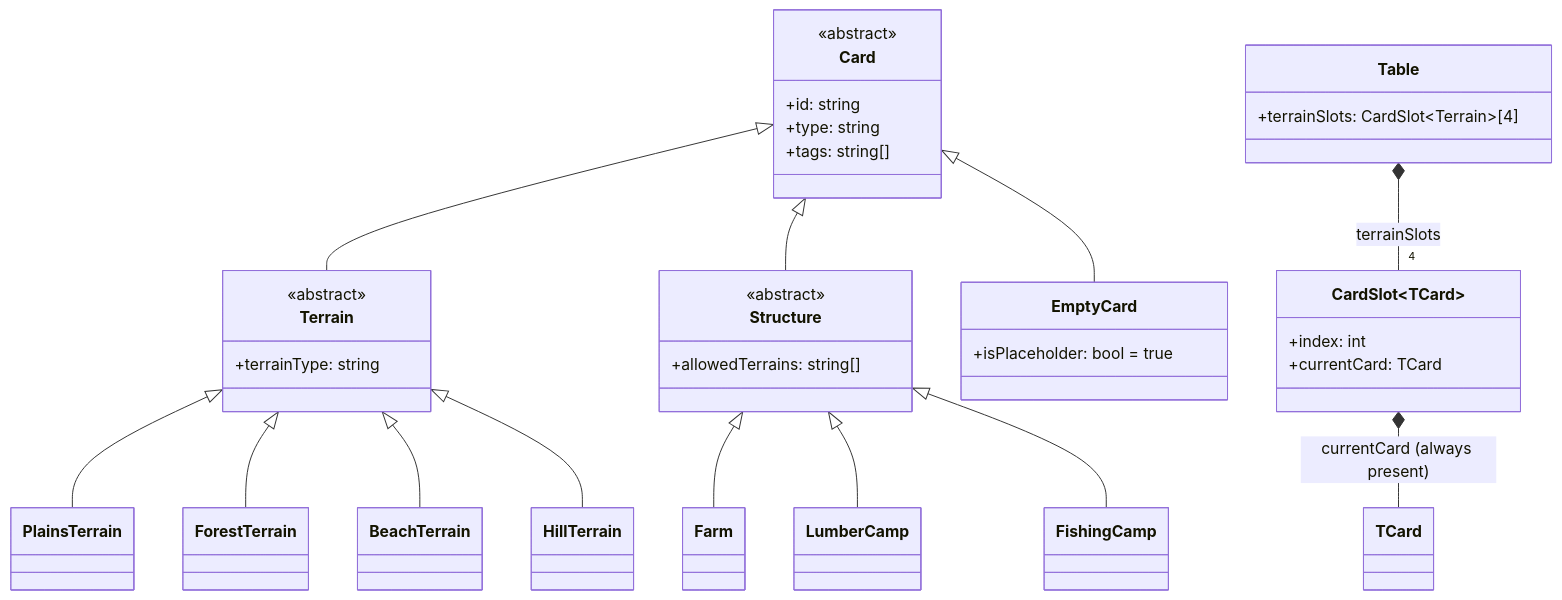
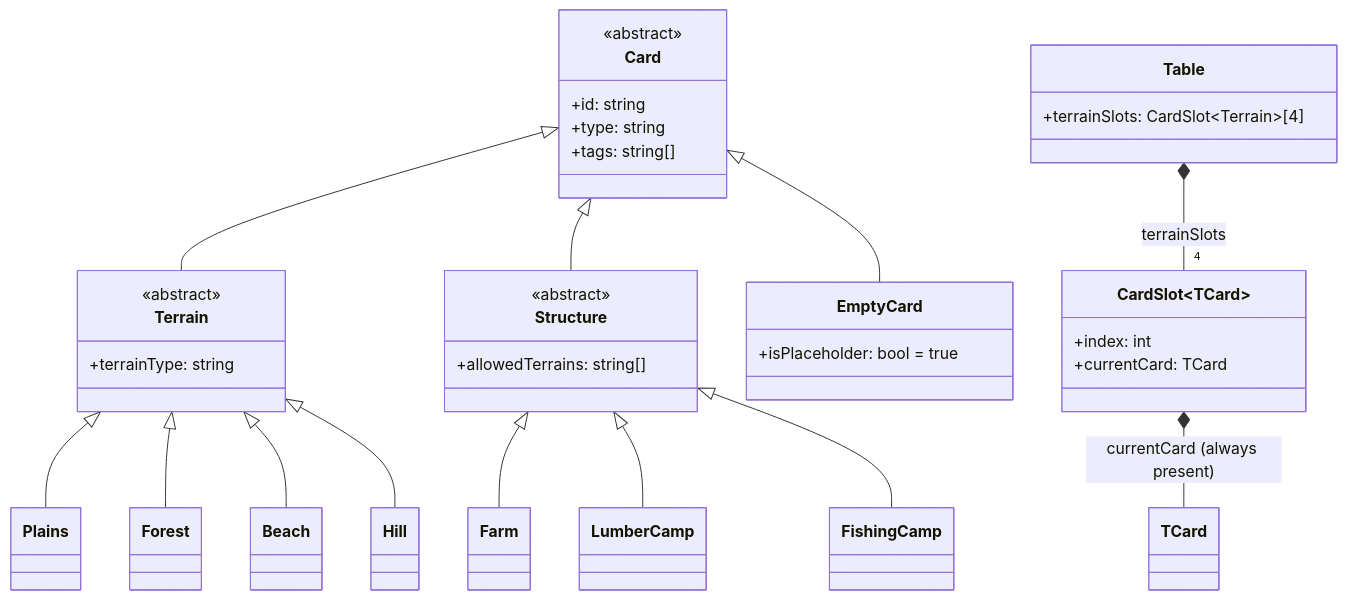
Before and after one commit to AJosephsen/gfxer: the first of 2 diagrams in StrategyGame/data-structure.md, drawn with Mermaid. The commit also changed other lines of this file, not shown here.

Commit message:
docs: simplify terrain class names in UML

````diff
--- a/StrategyGame/data-structure.md
+++ b/StrategyGame/data-structure.md
@@ -17,54 +17,54 @@
 ```mermaid
 classDiagram
     class Card {
         <<abstract>>
         +id: string
         +type: string
         +tags: string[]
     }
 
     class Terrain {
         <<abstract>>
         +terrainType: string
     }
 
     class Structure {
         <<abstract>>
         +allowedTerrains: string[]
     }
 
     class Farm
     class LumberCamp
     class FishingCamp
 
-    class PlainsTerrain
-    class ForestTerrain
-    class BeachTerrain
-    class HillTerrain
+    class Plains
+    class Forest
+    class Beach
+    class Hill
 
     class EmptyCard {
         +isPlaceholder: bool = true
     }
 
     class CardSlot~TCard~ {
         +index: int
         +currentCard: TCard
     }
 
     class Table {
         +terrainSlots: CardSlot~Terrain~[4]
     }
 
     Card <|-- EmptyCard
     Card <|-- Terrain
     Card <|-- Structure
     Structure <|-- Farm
     Structure <|-- LumberCamp
     Structure <|-- FishingCamp
-    Terrain <|-- PlainsTerrain
-    Terrain <|-- ForestTerrain
-    Terrain <|-- BeachTerrain
-    Terrain <|-- HillTerrain
+    Terrain <|-- Plains
+    Terrain <|-- Forest
+    Terrain <|-- Beach
+    Terrain <|-- Hill
     CardSlot~TCard~ *-- TCard : currentCard (always present)
     Table *-- "4" CardSlot~Terrain~ : terrainSlots
 ```
````
